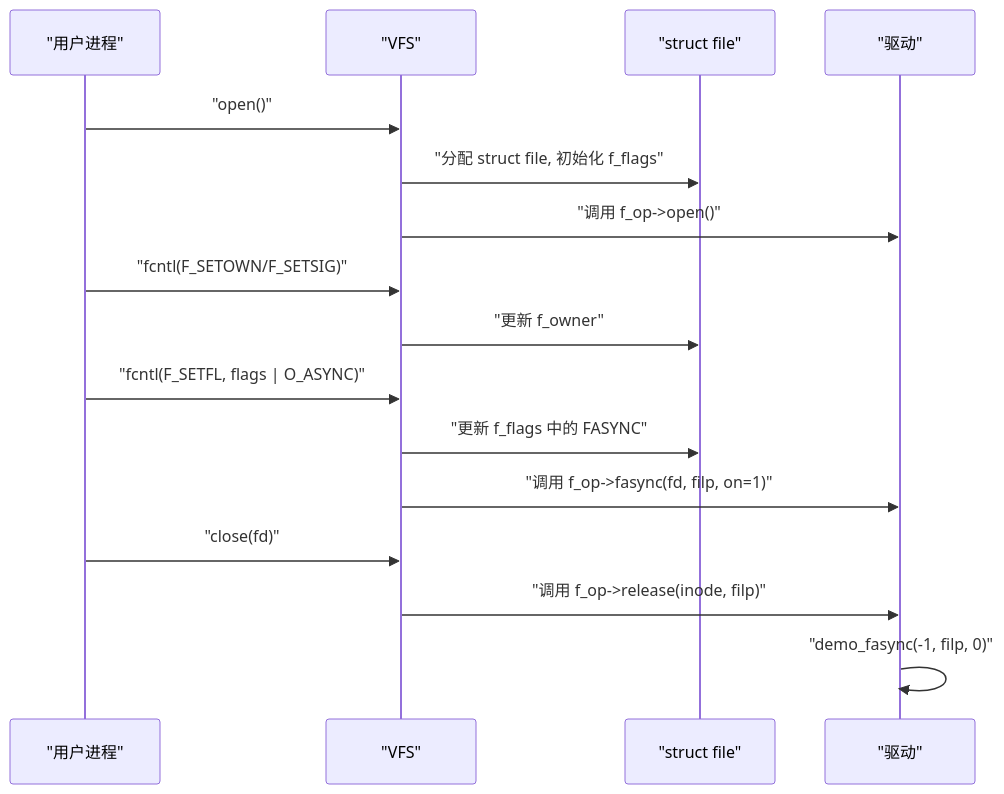
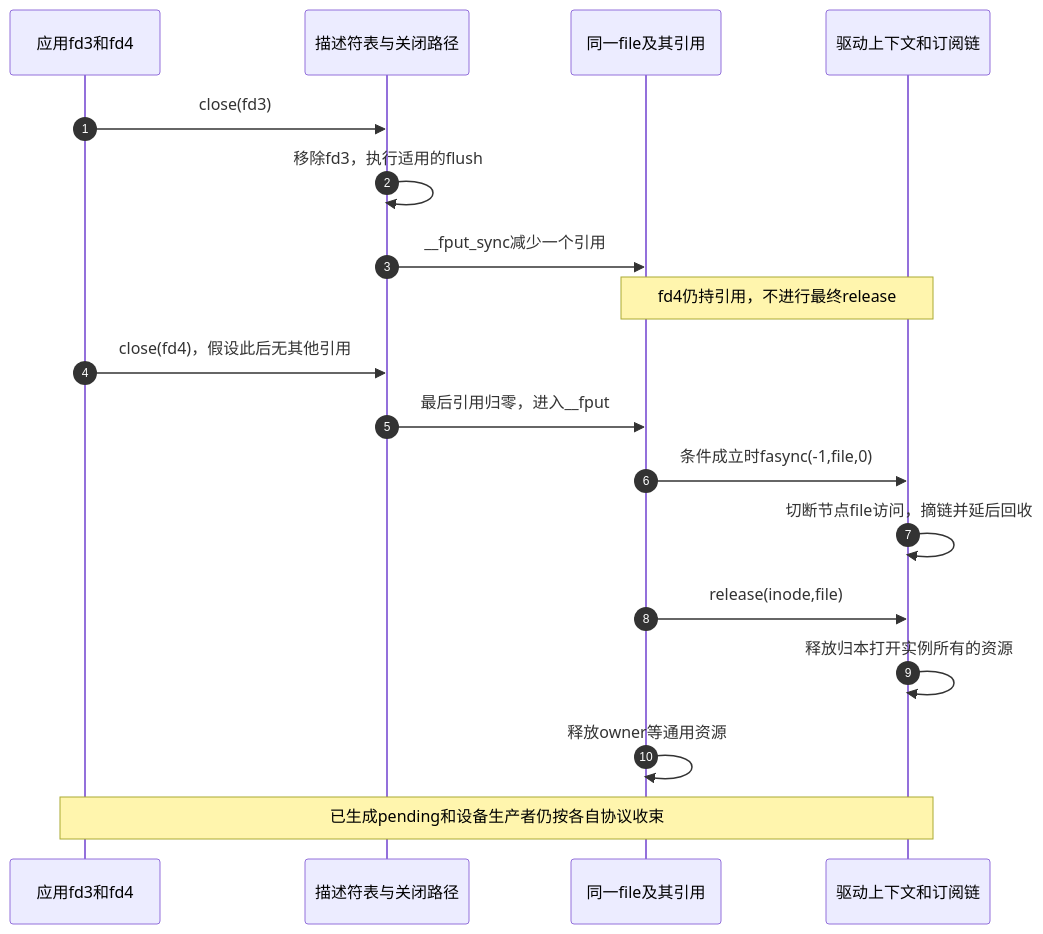
Before and after one commit to FormingSystem/linux_note: the second of 2 diagrams in knowledge/linux/synchronization_and_asynchrony/asynchrony/async_notification/P05_VFS_与文件系统中的异步通知支持.md, drawn with Mermaid. The commit also changed other lines of this file and 1 other file, not shown here.

First line of the commit message:
content(linux/fasync): 按文件身份重写VFS接入与退出

````diff
--- a/knowledge/linux/synchronization_and_asynchrony/asynchrony/async_notification/P05_VFS_与文件系统中的异步通知支持.md
+++ b/knowledge/linux/synchronization_and_asynchrony/asynchrony/async_notification/P05_VFS_与文件系统中的异步通知支持.md
@@ -159,22 +190,20 @@
 ```mermaid
 sequenceDiagram
-    participant U as "用户进程"
-    participant V as "VFS"
-    participant F as "struct file"
-    participant D as "驱动"
-
-    U->>V: "open()"
-    V->>F: "分配 struct file, 初始化 f_flags"
-    V->>D: "调用 f_op->open()"
-
-    U->>V: "fcntl(F_SETOWN/F_SETSIG)"
-    V->>F: "更新 f_owner"
-
-    U->>V: "fcntl(F_SETFL, flags | O_ASYNC)"
-    V->>F: "更新 f_flags 中的 FASYNC"
-    V->>D: "调用 f_op->fasync(fd, filp, on=1)"
-
-    U->>V: "close(fd)"
-    V->>D: "调用 f_op->release(inode, filp)"
-    D->>D: "demo_fasync(-1, filp, 0)"
+    autonumber
+    participant U as 应用fd3和fd4
+    participant V as 描述符表与关闭路径
+    participant F as 同一file及其引用
+    participant D as 驱动上下文和订阅链
+    U->>V: close(fd3)
+    V->>V: 移除fd3，执行适用的flush
+    V->>F: __fput_sync减少一个引用
+    Note over F,D: fd4仍持引用，不进行最终release
+    U->>V: close(fd4)，假设此后无其他引用
+    V->>F: 最后引用归零，进入__fput
+    F->>D: 条件成立时fasync(-1,file,0)
+    D->>D: 切断节点file访问，摘链并延后回收
+    F->>D: release(inode,file)
+    D->>D: 释放归本打开实例所有的资源
+    F->>F: 释放owner等通用资源
+    Note over U,D: 已生成pending和设备生产者仍按各自协议收束
 ```
````
